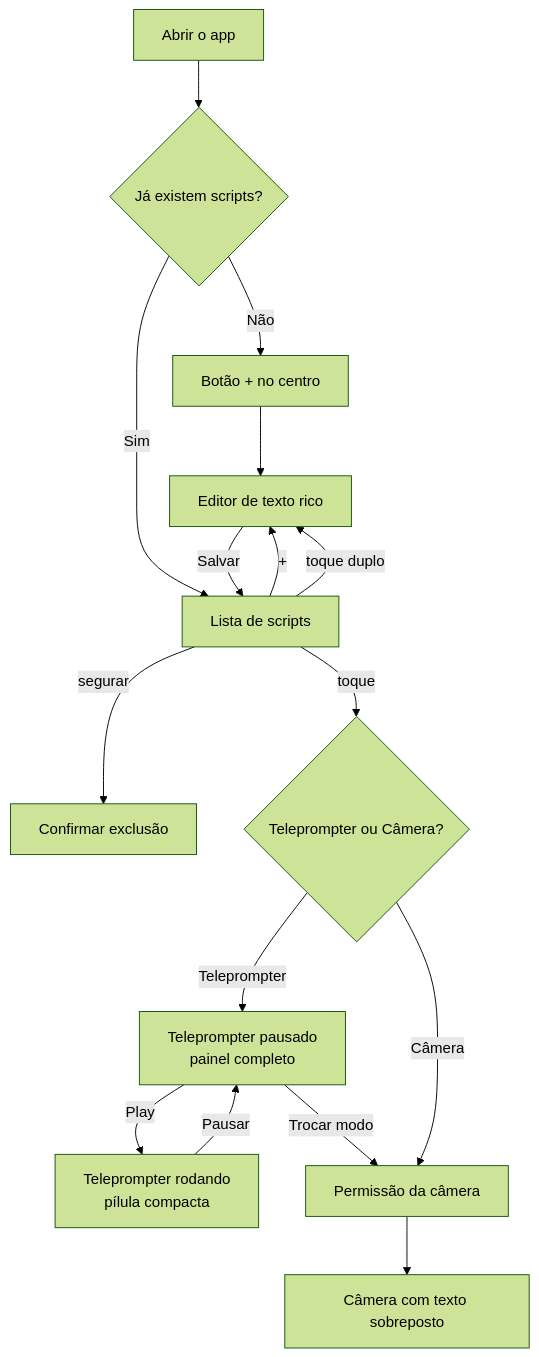
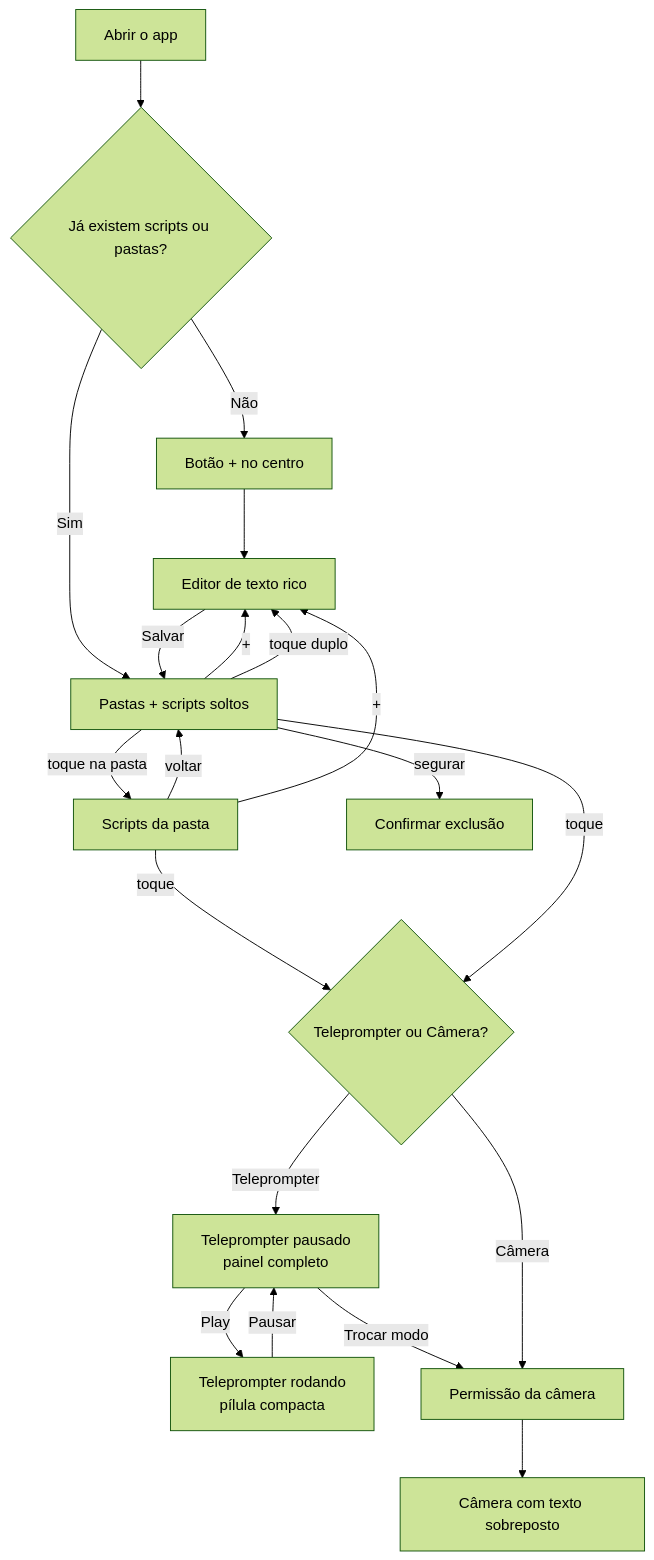
One commit to CookieSnack02/scriptorys changed the diagram in README.md. Above: the diagram before and after it, drawn with Mermaid (forest theme). The commit also changed other lines of this file and 19 other files, not shown here.

First line of the commit message:
Pastas para organizar scripts e valor na régua de velocidade (v1.0.0)

````diff
--- a/README.md
+++ b/README.md
@@ -105,18 +127,22 @@
 ```mermaid
 flowchart TD
-    A[Abrir o app] --> B{Já existem scripts?}
+    A[Abrir o app] --> B{Já existem scripts ou pastas?}
     B -- Não --> C[Botão + no centro]
-    B -- Sim --> D[Lista de scripts]
+    B -- Sim --> D[Pastas + scripts soltos]
     C --> E[Editor de texto rico]
+    D -- toque na pasta --> P[Scripts da pasta]
+    P -- voltar --> D
+    P -- "+" --> E
+    P -- toque --> G
     D -- "+" --> E
     D -- toque duplo --> E
     D -- segurar --> F[Confirmar exclusão]
     E -- Salvar --> D
     D -- toque --> G{Teleprompter ou Câmera?}
     G -- Teleprompter --> H[Teleprompter pausado<br/>painel completo]
     H -- Play --> I[Teleprompter rodando<br/>pílula compacta]
     I -- Pausar --> H
     H -- "Trocar modo" --> J
     G -- Câmera --> J[Permissão da câmera]
     J --> K[Câmera com texto sobreposto]
 ```
````
